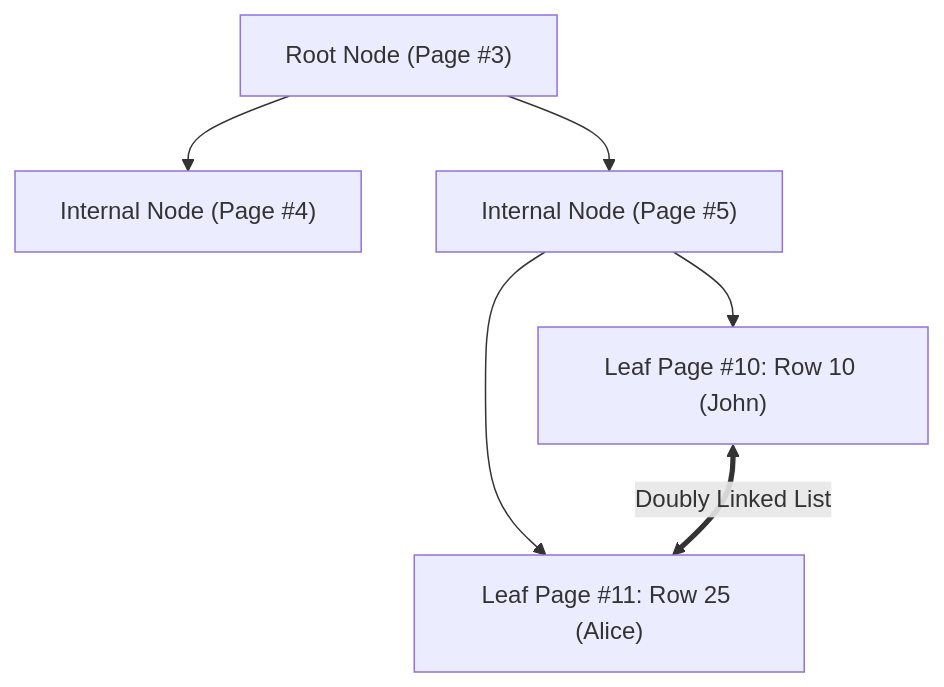
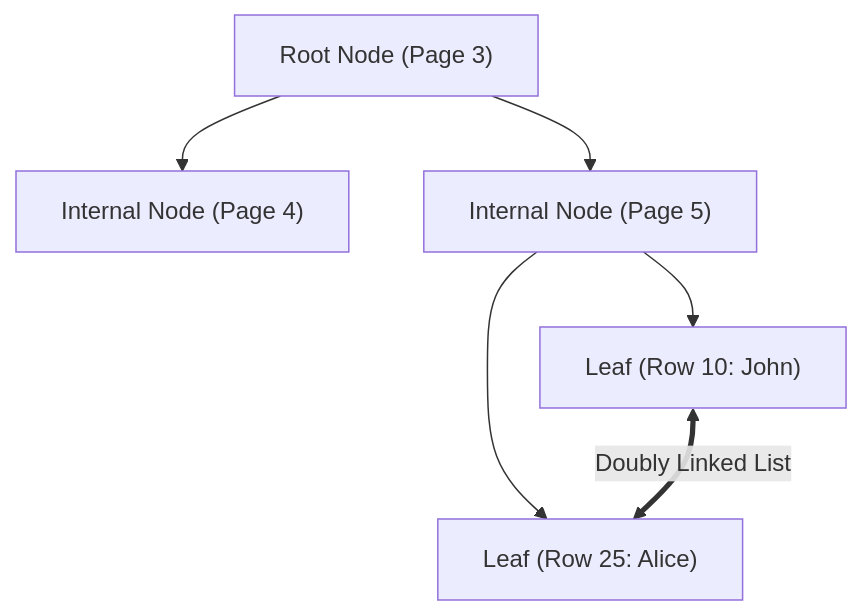
One commit to fazleyrabby/backend-engineering-mastery changed the second of 2 diagrams in database-deep-dives/01_mysql_innodb_internals.md. Above: the diagram before and after it, drawn with Mermaid. The commit also changed other lines of this file and 15 other files, not shown here.

````diff
--- a/database-deep-dives/01_mysql_innodb_internals.md
+++ b/database-deep-dives/01_mysql_innodb_internals.md
@@ -65,10 +64,10 @@
 ```mermaid
 graph TD
-    Root["Root Node (Page #3)"] --> Child1["Internal Node (Page #4)"]
-    Root --> Child2["Internal Node (Page #5)"]
+    Root["Root Node (Page 3)"] --> Child1["Internal Node (Page 4)"]
+    Root --> Child2["Internal Node (Page 5)"]
 
-    Child2 --> Leaf1["Leaf Page #10: Row 10 (John)"]
-    Child2 --> Leaf2["Leaf Page #11: Row 25 (Alice)"]
+    Child2 --> Leaf1["Leaf (Row 10: John)"]
+    Child2 --> Leaf2["Leaf (Row 25: Alice)"]
     
     Leaf1 <== "Doubly Linked List" ==> Leaf2
 ```
````
